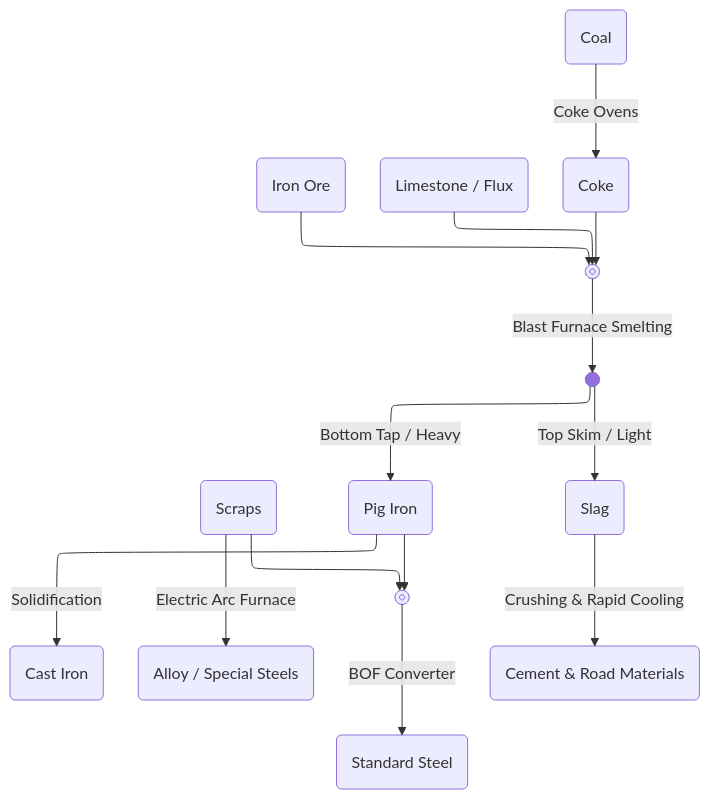
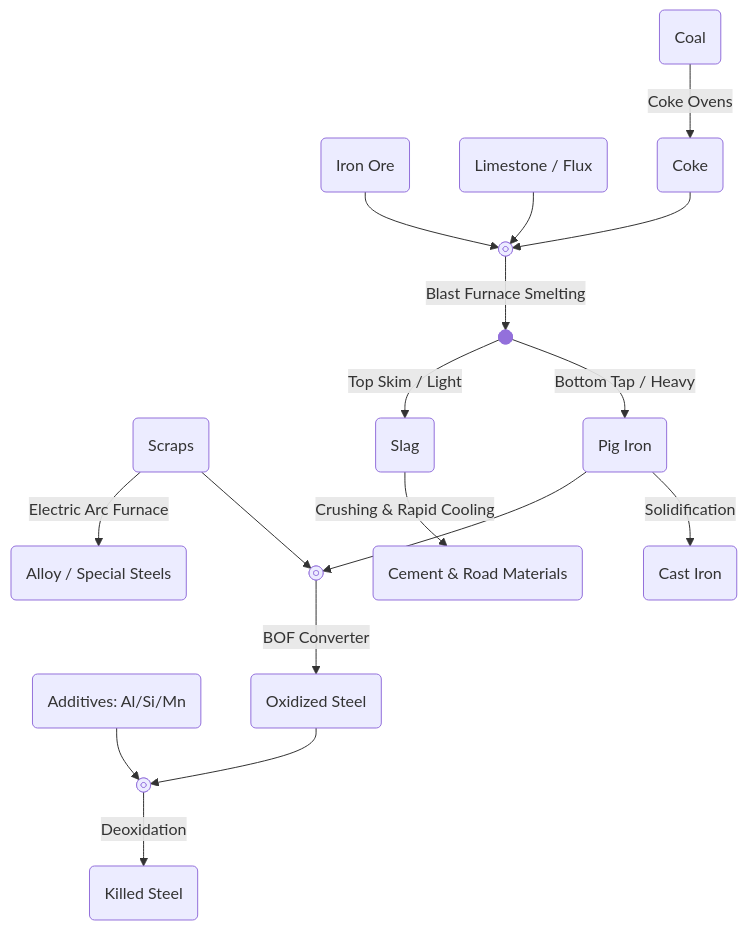
Before and after one commit to Theuntextured/Engineering-Notes: the first of 2 diagrams in content/Technology of Metallic Materials/Steel Production.md, drawn with Mermaid. The commit also changed other lines of this file and 21 other files, not shown here.

````diff
--- a/content/Technology of Metallic Materials/Steel Production.md
+++ b/content/Technology of Metallic Materials/Steel Production.md
@@ -1,54 +1,54 @@
 ```mermaid
----
-config:
-  layout: elk
----
-
 graph TD
     Coal(Coal)
     Ore(Iron Ore)
     Flux(Limestone / Flux)
     Scraps(Scraps)
+    Additives(Additives: Al/Si/Mn)
 
     Coke(Coke)
     Separation((Separation <br/> Density Sorting))
     Pig(Pig Iron)
     Slag(Slag)
+    Oxidized(Oxidized Steel)
     
     Cast(Cast Iron)
-    Steel(Standard Steel)
+    Steel(Killed Steel)
     Alloy(Alloy / Special Steels)
     Cement(Cement & Road Materials)
-
 
     Coal -->|Coke Ovens| Coke
 
     Ore --> CombineBF
     Coke --> CombineBF
     Flux --> CombineBF
     
     CombineBF -->|Blast Furnace Smelting| Separation
 
     Separation -->|Bottom Tap / Heavy| Pig
     Separation -->|Top Skim / Light| Slag
 
     Slag -->|Crushing & Rapid Cooling| Cement
 
     Pig -->|Solidification| Cast
     
     Pig --> CombineBOF
     Scraps --> CombineBOF
-    CombineBOF -->|BOF Converter| Steel
+    CombineBOF -->|BOF Converter| Oxidized
+
+    Oxidized --> Ladle
+    Additives --> Ladle
+    Ladle -->|Deoxidation| Steel
 
     Scraps -->|Electric Arc Furnace| Alloy
 
-
-    class Coal,Ore,Scraps,Flux raw;
-    class Coke,Pig inter;
+    class Coal,Ore,Scraps,Flux,Additives raw;
+    class Coke,Pig,Oxidized inter;
     class Cast,Steel,Alloy,Cement final;
     class Slag waste;
+    
     Separation@{shape: f-circ, label: "Separate"};
-
     CombineBF@{ shape: framed-circle, label: "Burden Mix" }
     CombineBOF@{ shape: framed-circle, label: "Charge Mix" }
+    Ladle@{ shape: framed-circle, label: "Ladle Furnace" }
 ```
````
